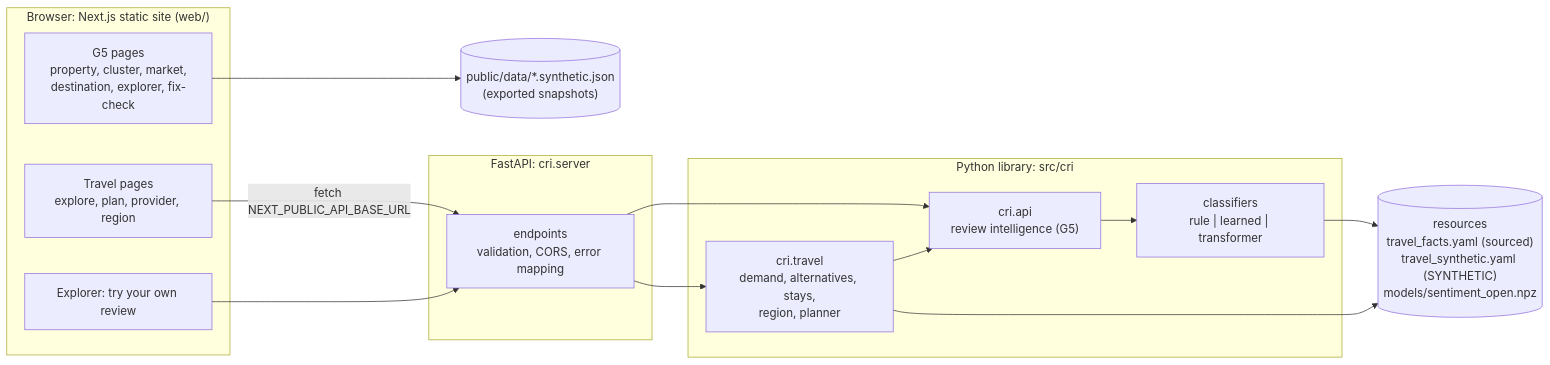
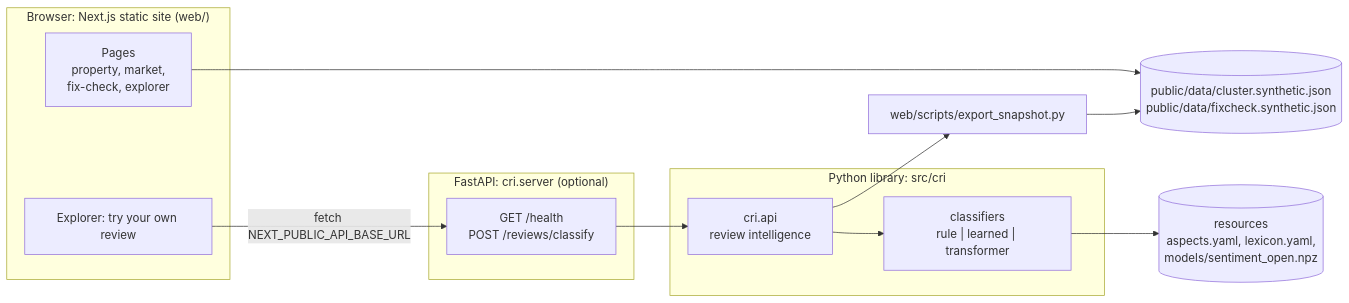
The first of 2 diagrams in docs/SYSTEM_DESIGN.md (AnubhavKiroula/cluster-review-intelligence), drawn with Mermaid before and after one commit. The commit also changed other lines of this file and 19 other files, not shown here.

First line of the commit message:
docs: product, design, API and data docs for one user

````diff
--- a/docs/SYSTEM_DESIGN.md
+++ b/docs/SYSTEM_DESIGN.md
@@ -23,27 +20,22 @@
 ```mermaid
 flowchart LR
   subgraph Browser["Browser: Next.js static site (web/)"]
-    G5["G5 pages<br/>property, cluster, market,<br/>destination, explorer, fix-check"]
-    TR["Travel pages<br/>explore, plan, provider, region"]
+    PAGES["Pages<br/>property, market,<br/>fix-check, explorer"]
     TRY["Explorer: try your own review"]
   end
-  SNAP[("public/data/*.synthetic.json<br/>(exported snapshots)")]
-  subgraph API["FastAPI: cri.server"]
-    EP["endpoints<br/>validation, CORS, error mapping"]
+  SNAP[("public/data/cluster.synthetic.json<br/>public/data/fixcheck.synthetic.json")]
+  EXP["web/scripts/export_snapshot.py"]
+  subgraph API["FastAPI: cri.server (optional)"]
+    EP["GET /health<br/>POST /reviews/classify"]
   end
   subgraph Core["Python library: src/cri"]
-    CRI["cri.api<br/>review intelligence (G5)"]
-    TRAVEL["cri.travel<br/>demand, alternatives, stays,<br/>region, planner"]
+    CRI["cri.api<br/>review intelligence"]
     CLS["classifiers<br/>rule | learned | transformer"]
   end
-  RES[("resources<br/>travel_facts.yaml (sourced)<br/>travel_synthetic.yaml (SYNTHETIC)<br/>models/sentiment_open.npz")]
-  G5 --> SNAP
-  TR -- "fetch NEXT_PUBLIC_API_BASE_URL" --> EP
-  TRY --> EP
+  RES[("resources<br/>aspects.yaml, lexicon.yaml,<br/>models/sentiment_open.npz")]
+  CRI --> EXP --> SNAP
+  PAGES --> SNAP
+  TRY -- "fetch NEXT_PUBLIC_API_BASE_URL" --> EP
   EP --> CRI
-  EP --> TRAVEL
-  TRAVEL --> CRI
-  CRI --> CLS
-  TRAVEL --> RES
-  CLS --> RES
+  CRI --> CLS --> RES
 ```
````
